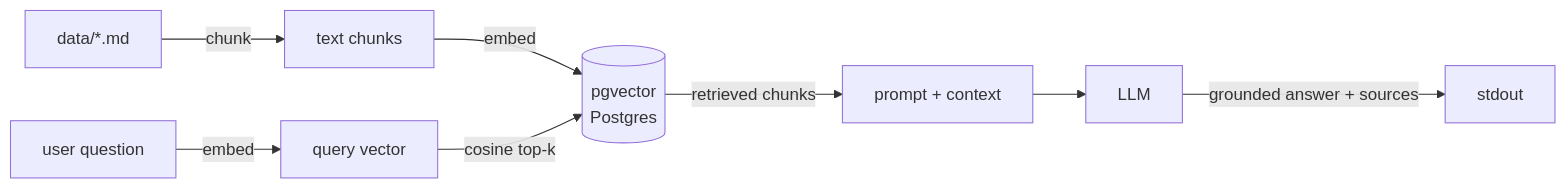
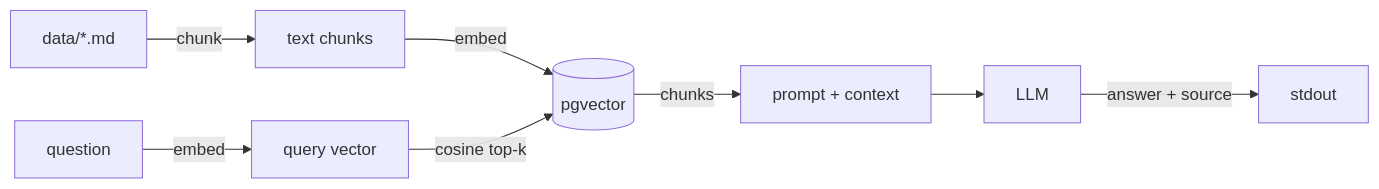
Before and after one commit to augbastos/rag-demo: the diagram in README.md, drawn with Mermaid. The commit also changed other lines of this file, not shown here.

````diff
--- a/README.md
+++ b/README.md
@@ -12,10 +12,10 @@
 ```mermaid
 flowchart LR
     A[data/*.md] -->|chunk| B[text chunks]
-    B -->|embed| C[(pgvector<br/>Postgres)]
-    Q[user question] -->|embed| D[query vector]
+    B -->|embed| C[(pgvector)]
+    Q[question] -->|embed| D[query vector]
     D -->|cosine top-k| C
-    C -->|retrieved chunks| E[prompt + context]
+    C -->|chunks| E[prompt + context]
     E --> F[LLM]
-    F -->|grounded answer + sources| G[stdout]
+    F -->|answer + source| G[stdout]
 ```
````
